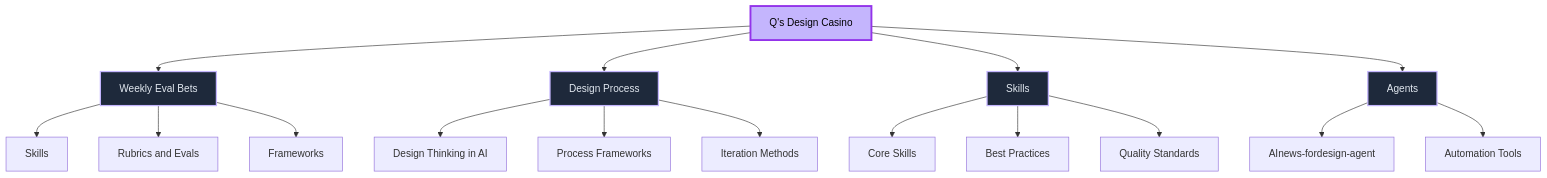
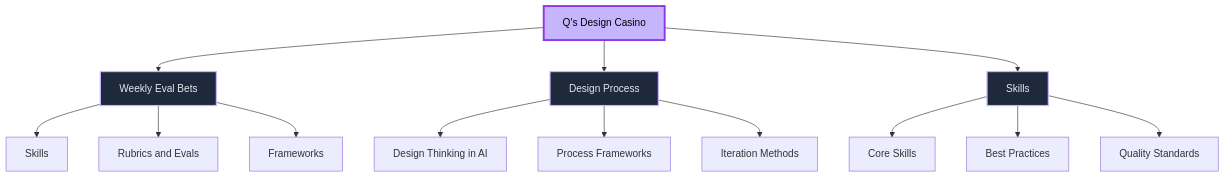
Before and after one commit to Quirinevwm/qs-design-casino: the diagram in README.md, drawn with Mermaid. The commit also changed other lines of this file and 19 other files, not shown here.

````diff
--- a/README.md
+++ b/README.md
@@ -30,28 +30,23 @@
 ```mermaid
 graph TD
     A[Q's Design Casino] --> E[Weekly Eval Bets]
     A --> B[Design Process]
     A --> C[Skills]
-    A --> D[Agents]
     
     B --> B1[Design Thinking in AI]
     B --> B2[Process Frameworks]
     B --> B3[Iteration Methods]
     
     C --> C1[Core Skills]
     C --> C2[Best Practices]
     C --> C3[Quality Standards]
     
-    D --> D1[AInews-fordesign-agent]
-    D --> D2[Automation Tools]
-
     E --> E1[Skills]
     E --> E2[Rubrics and Evals]
     E --> E3[Frameworks]
     
     style A fill:#c4b5fd,stroke:#9333ea,stroke-width:3px,color:#000
     style B fill:#1e293b,stroke:#c4b5fd,stroke-width:2px,color:#e2e8f0
     style C fill:#1e293b,stroke:#c4b5fd,stroke-width:2px,color:#e2e8f0
-    style D fill:#1e293b,stroke:#c4b5fd,stroke-width:2px,color:#e2e8f0
     style E fill:#1e293b,stroke:#c4b5fd,stroke-width:2px,color:#e2e8f0
 ```
````
